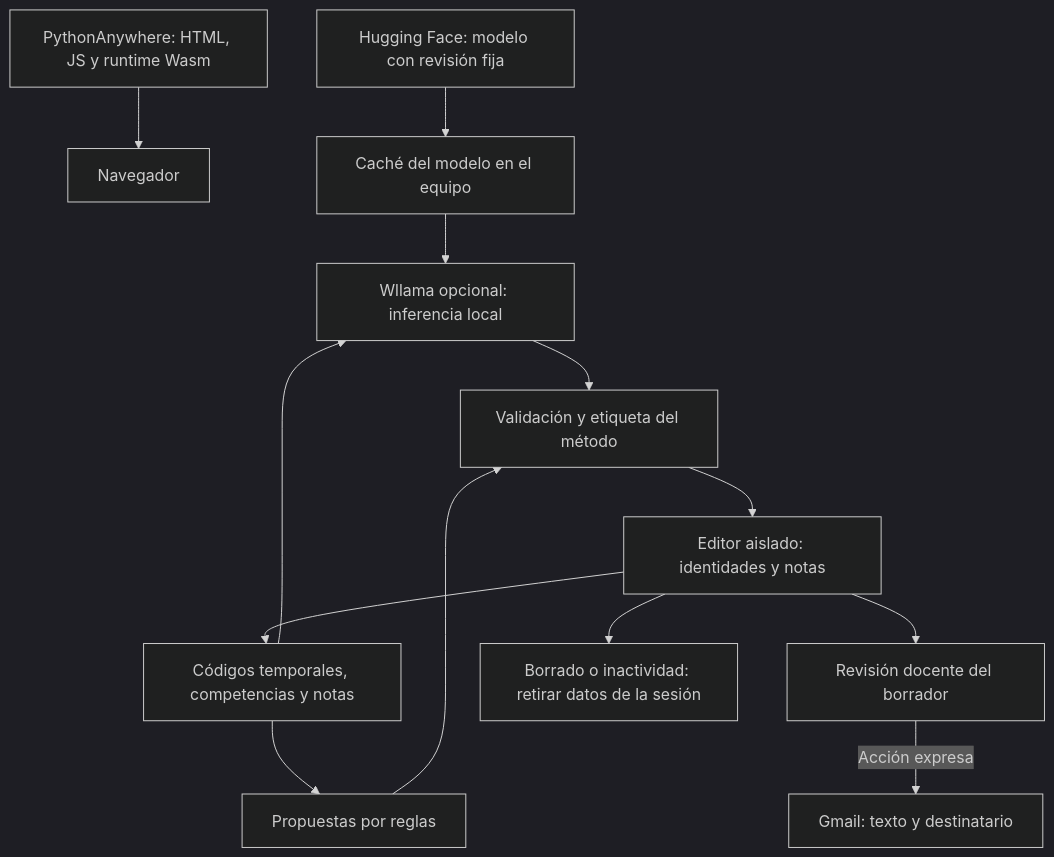
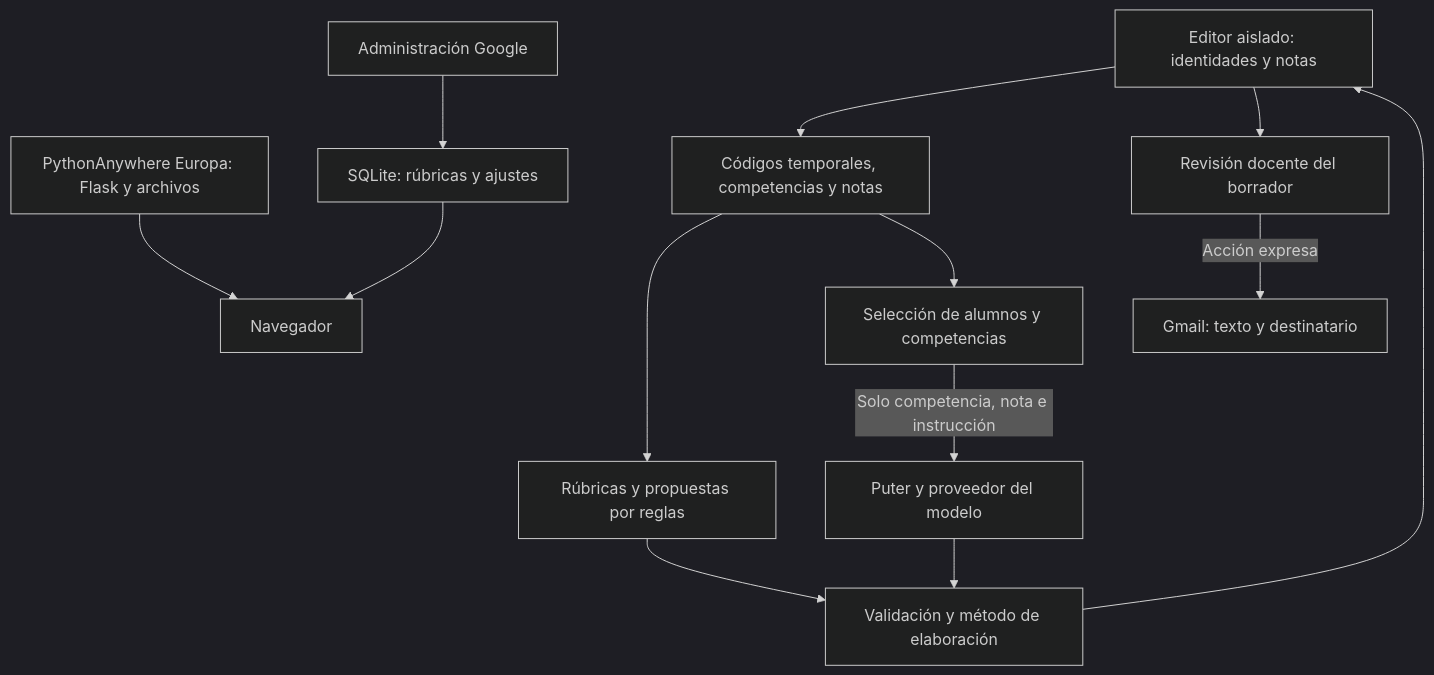
One commit to cuatrovientos-ci/cc-feedback changed the diagram in README.md. Above: the diagram before and after it, drawn with Mermaid (dark theme). The commit also changed other lines of this file and 12 other files, not shown here.

````diff
--- a/README.md
+++ b/README.md
@@ -33,15 +44,15 @@
 ```mermaid
 flowchart TD
-    H[PythonAnywhere: HTML, JS y runtime Wasm] --> B[Navegador]
-    HF[Hugging Face: modelo con revisión fija] --> C[Caché del modelo en el equipo]
+    H[PythonAnywhere Europa: Flask y archivos] --> B[Navegador]
     E[Editor aislado: identidades y notas] --> P[Códigos temporales, competencias y notas]
-    P --> R[Propuestas por reglas]
-    P --> W[Wllama opcional: inferencia local]
-    C --> W
-    R --> V[Validación y etiqueta del método]
+    P --> R[Rúbricas y propuestas por reglas]
+    P --> S[Selección de alumnos y competencias]
+    S -->|Solo competencia, nota e instrucción| W[Puter y proveedor del modelo]
+    R --> V[Validación y método de elaboración]
     W --> V
     V --> E
     E --> D[Revisión docente del borrador]
     D -->|Acción expresa| G[Gmail: texto y destinatario]
-    E --> X[Borrado o inactividad: retirar datos de la sesión]
+    A[Administración Google] --> DB[SQLite: rúbricas y ajustes]
+    DB --> B
 ```
````
